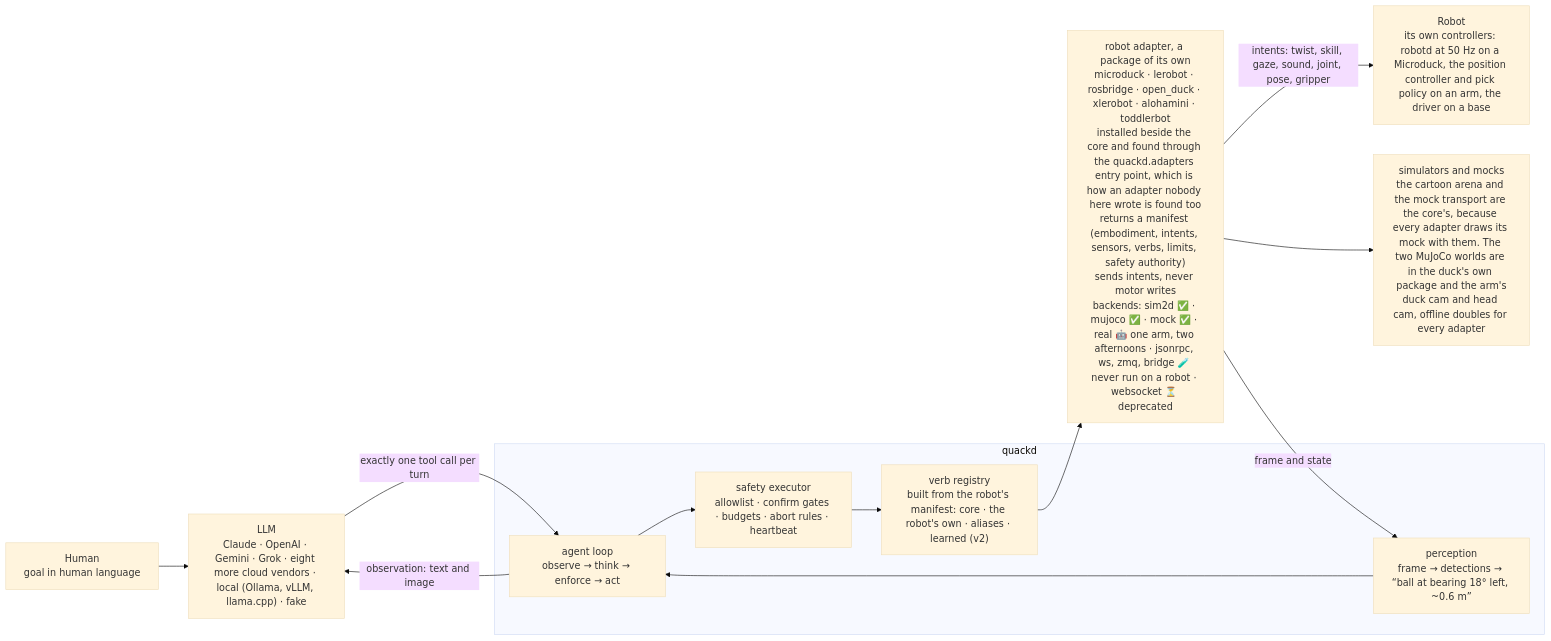
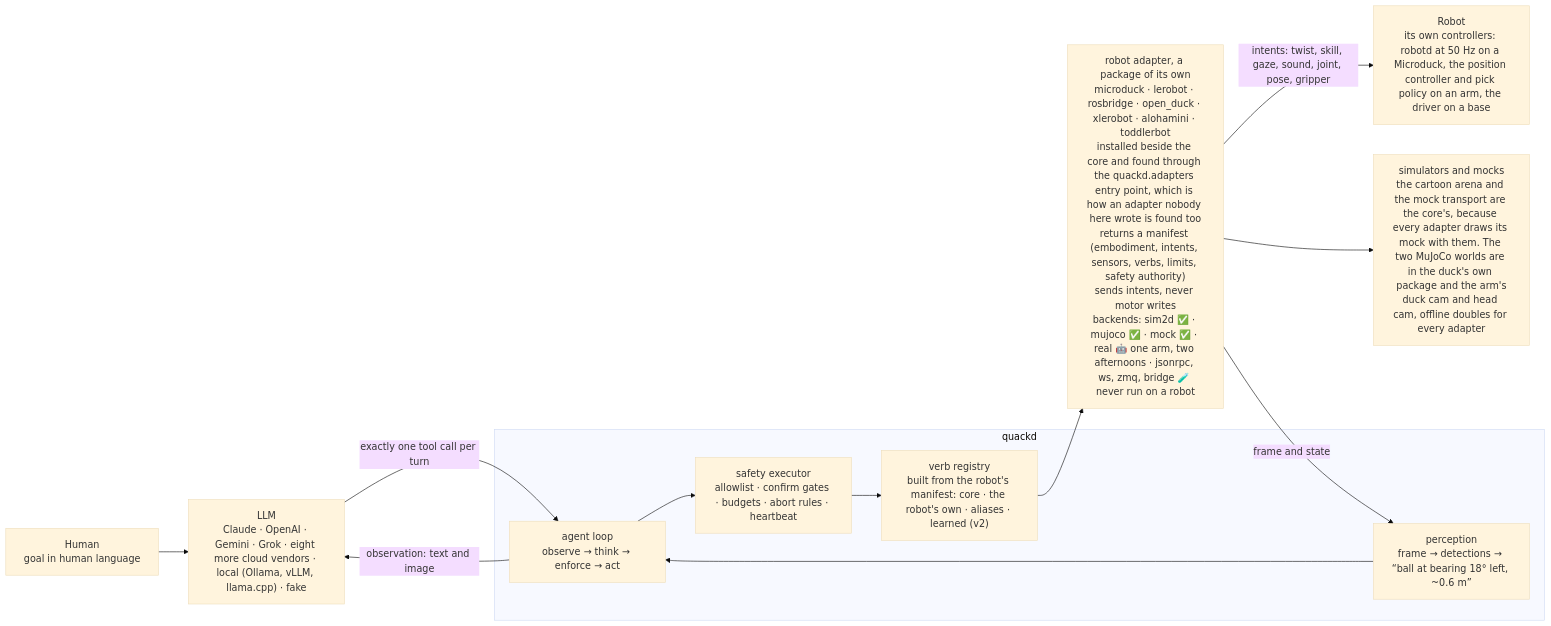
One commit to rokbenko/quackd changed the second of 2 diagrams in README.md. Above: the diagram before and after it, drawn with Mermaid (base theme). The commit also changed other lines of this file and 17 other files, not shown here.

````diff
--- a/README.md
+++ b/README.md
@@ -528,21 +526,21 @@
 ```mermaid
 flowchart LR
     HUMAN["Human<br/>goal in human language"]
     LLM["LLM<br/>Claude · OpenAI · Gemini · Grok · eight more cloud vendors · local (Ollama, vLLM, llama.cpp) · fake"]
     subgraph quackd
         LOOP["agent loop<br/>observe → think → enforce → act"]
         EXEC["safety executor<br/>allowlist · confirm gates · budgets · abort rules · heartbeat"]
         VERBS["verb registry<br/>built from the robot's manifest: core · the robot's own · aliases · learned (v2)"]
         PERC["perception<br/>frame → detections → “ball at bearing 18° left, ~0.6 m”"]
     end
-    ADAPTER["robot adapter, a package of its own<br/>microduck · lerobot · rosbridge · open_duck · xlerobot · alohamini · toddlerbot<br/>installed beside the core and found through the quackd.adapters entry point, which is how an adapter nobody here wrote is found too<br/>returns a manifest (embodiment, intents, sensors, verbs, limits, safety authority)<br/>sends intents, never motor writes<br/>backends: sim2d ✅ · mujoco ✅ · mock ✅ · real 🤖 one arm, two afternoons · jsonrpc, ws, zmq, bridge 🧪 never run on a robot · websocket ⏳ deprecated"]
+    ADAPTER["robot adapter, a package of its own<br/>microduck · lerobot · rosbridge · open_duck · xlerobot · alohamini · toddlerbot<br/>installed beside the core and found through the quackd.adapters entry point, which is how an adapter nobody here wrote is found too<br/>returns a manifest (embodiment, intents, sensors, verbs, limits, safety authority)<br/>sends intents, never motor writes<br/>backends: sim2d ✅ · mujoco ✅ · mock ✅ · real 🤖 one arm, two afternoons · jsonrpc, ws, zmq, bridge 🧪 never run on a robot"]
     ROBOT["Robot<br/>its own controllers: robotd at 50 Hz on a Microduck, the position controller and pick policy on an arm, the driver on a base"]
     SIM["simulators and mocks<br/>the cartoon arena and the mock transport are the core's, because every adapter draws its mock with them. The two MuJoCo worlds are in the duck's own package and the arm's<br/>duck cam and head cam, offline doubles for every adapter"]
     HUMAN --> LLM
     LLM -- "exactly one tool call per turn" --> LOOP
     LOOP --> EXEC --> VERBS --> ADAPTER
     ADAPTER -- "intents: twist, skill, gaze, sound, joint, pose, gripper" --> ROBOT
     ADAPTER --> SIM
     ADAPTER -- "frame and state" --> PERC --> LOOP
     LOOP -- "observation: text and image" --> LLM
 ```
````
